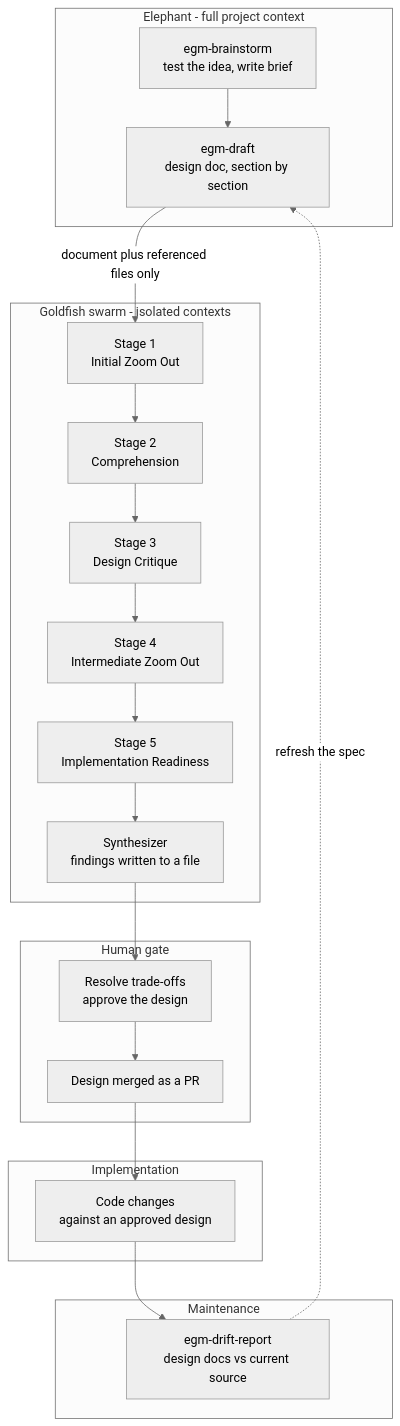
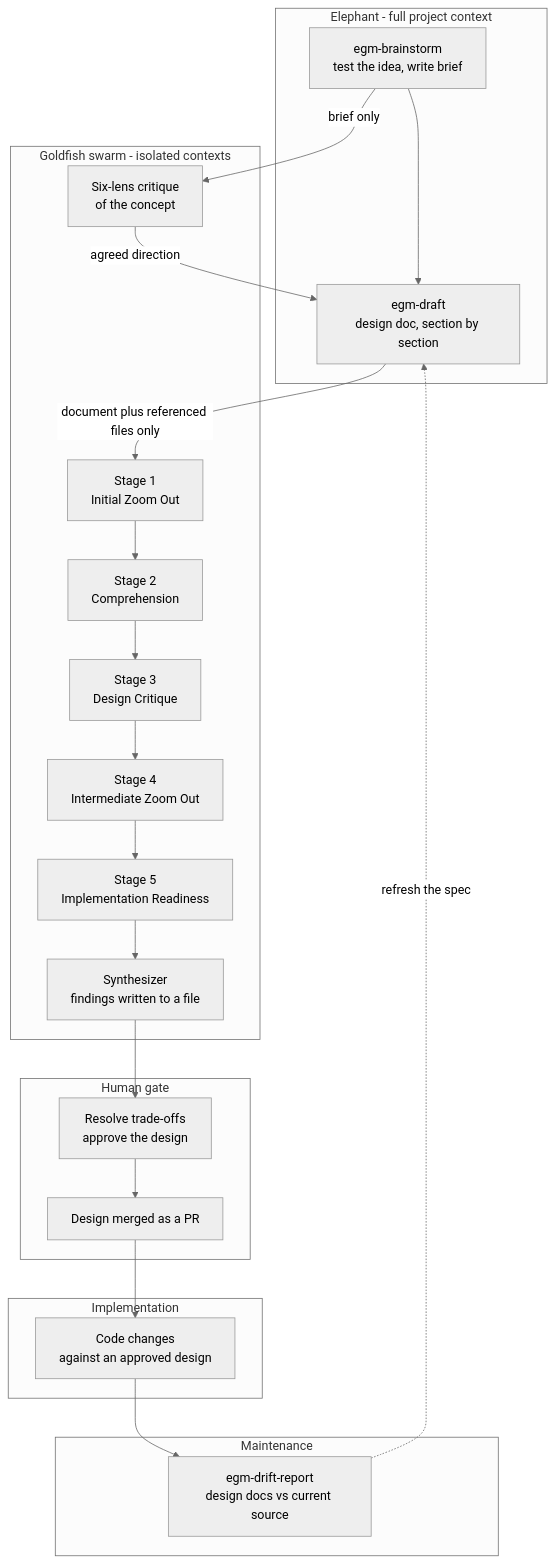
Before and after one commit to sdelrio/golden-forest: the diagram in docs/Develop-Code/AI-Development/Workflows/elephant-goldfish-model.md, drawn with Mermaid (neutral theme). The commit also changed other lines of this file and 2 other files, not shown here.

````diff
--- a/docs/Develop-Code/AI-Development/Workflows/elephant-goldfish-model.md
+++ b/docs/Develop-Code/AI-Development/Workflows/elephant-goldfish-model.md
@@ -23,38 +27,41 @@
 ```mermaid
 flowchart TB
     subgraph Elephant["Elephant - full project context"]
         B["egm-brainstorm<br/>test the idea, write brief"]
         D["egm-draft<br/>design doc, section by section"]
         B --> D
     end
 
     subgraph Goldfish["Goldfish swarm - isolated contexts"]
+        R0["Six-lens critique<br/>of the concept"]
         R1["Stage 1<br/>Initial Zoom Out"]
         R2["Stage 2<br/>Comprehension"]
         R3["Stage 3<br/>Design Critique"]
         R4["Stage 4<br/>Intermediate Zoom Out"]
         R5["Stage 5<br/>Implementation Readiness"]
         SYN["Synthesizer<br/>findings written to a file"]
         R1 --> R2 --> R3 --> R4 --> R5 --> SYN
     end
 
     subgraph Gate["Human gate"]
         H["Resolve trade-offs<br/>approve the design"]
         PR["Design merged as a PR"]
         H --> PR
     end
 
     subgraph Build["Implementation"]
         I["Code changes<br/>against an approved design"]
     end
 
     subgraph Drift["Maintenance"]
         DR["egm-drift-report<br/>design docs vs current source"]
     end
 
+    B -->|"brief only"| R0
+    R0 -->|"agreed direction"| D
     D -->|"document plus referenced files only"| R1
     SYN --> H
     PR --> I
     I --> DR
     DR -.->|"refresh the spec"| D
 ```
````
